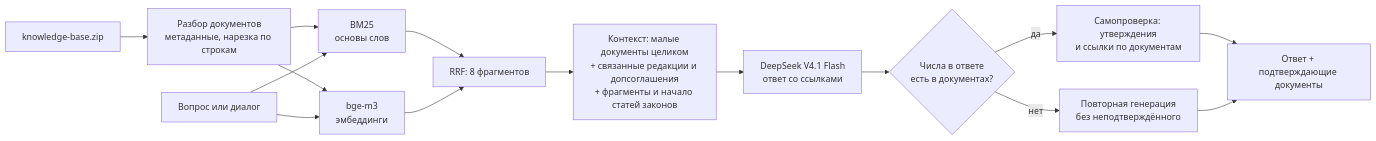
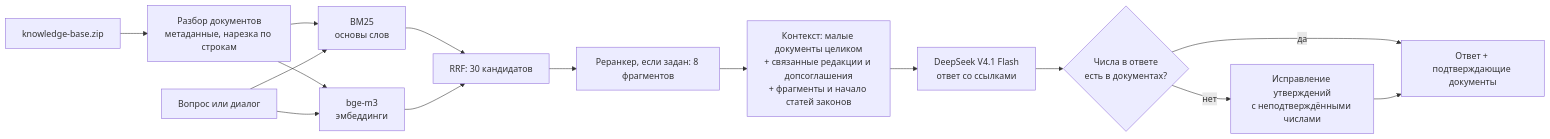
The diagram in README.md (Asebaie/Triple-I), drawn with Mermaid before and after one commit. The commit also changed other lines of this file, not shown here.

````diff
--- a/README.md
+++ b/README.md
@@ -7,17 +7,17 @@
 ```mermaid
 flowchart LR
     KB[knowledge-base.zip] --> P[Разбор документов<br/>метаданные, нарезка по строкам]
     P --> BM[BM25<br/>основы слов]
     P --> E[bge-m3<br/>эмбеддинги]
     Q[Вопрос или диалог] --> BM
     Q --> E
-    BM --> F[RRF: 8 фрагментов]
+    BM --> F[RRF: 30 кандидатов]
     E --> F
-    F --> C[Контекст: малые документы целиком<br/>+ связанные редакции и допсоглашения<br/>+ фрагменты и начало статей законов]
+    F --> R[Реранкер, если задан: 8 фрагментов]
+    R --> C[Контекст: малые документы целиком<br/>+ связанные редакции и допсоглашения<br/>+ фрагменты и начало статей законов]
     C --> G[DeepSeek V4.1 Flash<br/>ответ со ссылками]
     G --> V{Числа в ответе<br/>есть в документах?}
-    V -->|да| S[Самопроверка: утверждения<br/>и ссылки по документам]
-    V -->|нет| G2[Повторная генерация<br/>без неподтверждённого]
-    S --> A[Ответ + подтверждающие документы]
+    V -->|да| A[Ответ + подтверждающие документы]
+    V -->|нет| G2[Исправление утверждений<br/>с неподтверждёнными числами]
     G2 --> A
 ```
````
